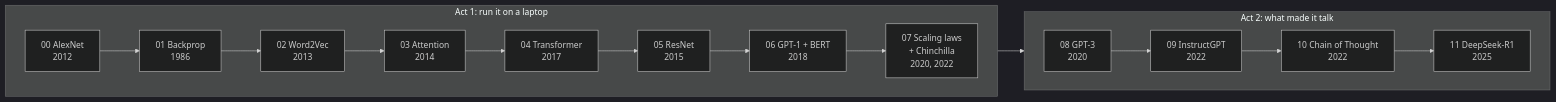
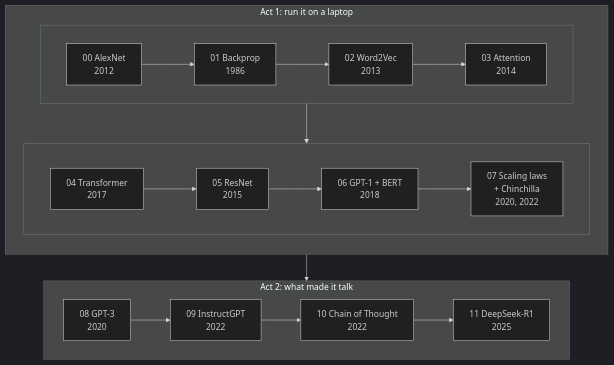
One commit to mlvpatel/papers-that-built-ai changed the first of 4 diagrams in README.md. Above: the diagram before and after it, drawn with Mermaid (dark theme). The commit also changed other lines of this file and 2 other files, not shown here.

````diff
--- a/README.md
+++ b/README.md
@@ -21,12 +43,22 @@
 ```mermaid
-flowchart LR
+flowchart TB
+    accTitle: The 12 steps in order
+    accDescr: Act 1, steps 00 to 07, trains small models on a laptop: AlexNet 2012, backpropagation 1986, Word2Vec 2013, attention 2014, the Transformer 2017, ResNet 2015, GPT-1 and BERT 2018, and the scaling laws and Chinchilla 2020 and 2022. Act 2, steps 08 to 11, runs open models: GPT-3 2020, InstructGPT 2022, Chain of Thought 2022 and DeepSeek-R1 2025.
     subgraph act1 ["Act 1: run it on a laptop"]
-        direction LR
-        A00["00 AlexNet<br/>2012"] --> A01["01 Backprop<br/>1986"] --> A02["02 Word2Vec<br/>2013"] --> A03["03 Attention<br/>2014"] --> A04["04 Transformer<br/>2017"] --> A05["05 ResNet<br/>2015"] --> A06["06 GPT-1 + BERT<br/>2018"] --> A07["07 Scaling laws<br/>+ Chinchilla<br/>2020, 2022"]
+        direction TB
+        subgraph row1 [" "]
+            direction LR
+            A00["00 AlexNet<br/>2012"] --> A01["01 Backprop<br/>1986"] --> A02["02 Word2Vec<br/>2013"] --> A03["03 Attention<br/>2014"]
+        end
+        subgraph row2 [" "]
+            direction LR
+            A04["04 Transformer<br/>2017"] --> A05["05 ResNet<br/>2015"] --> A06["06 GPT-1 + BERT<br/>2018"] --> A07["07 Scaling laws<br/>+ Chinchilla<br/>2020, 2022"]
+        end
+        row1 --> row2
     end
     subgraph act2 ["Act 2: what made it talk"]
         direction LR
         B08["08 GPT-3<br/>2020"] --> B09["09 InstructGPT<br/>2022"] --> B10["10 Chain of Thought<br/>2022"] --> B11["11 DeepSeek-R1<br/>2025"]
     end
-    A07 --> B08
+    act1 --> act2
 ```
````
